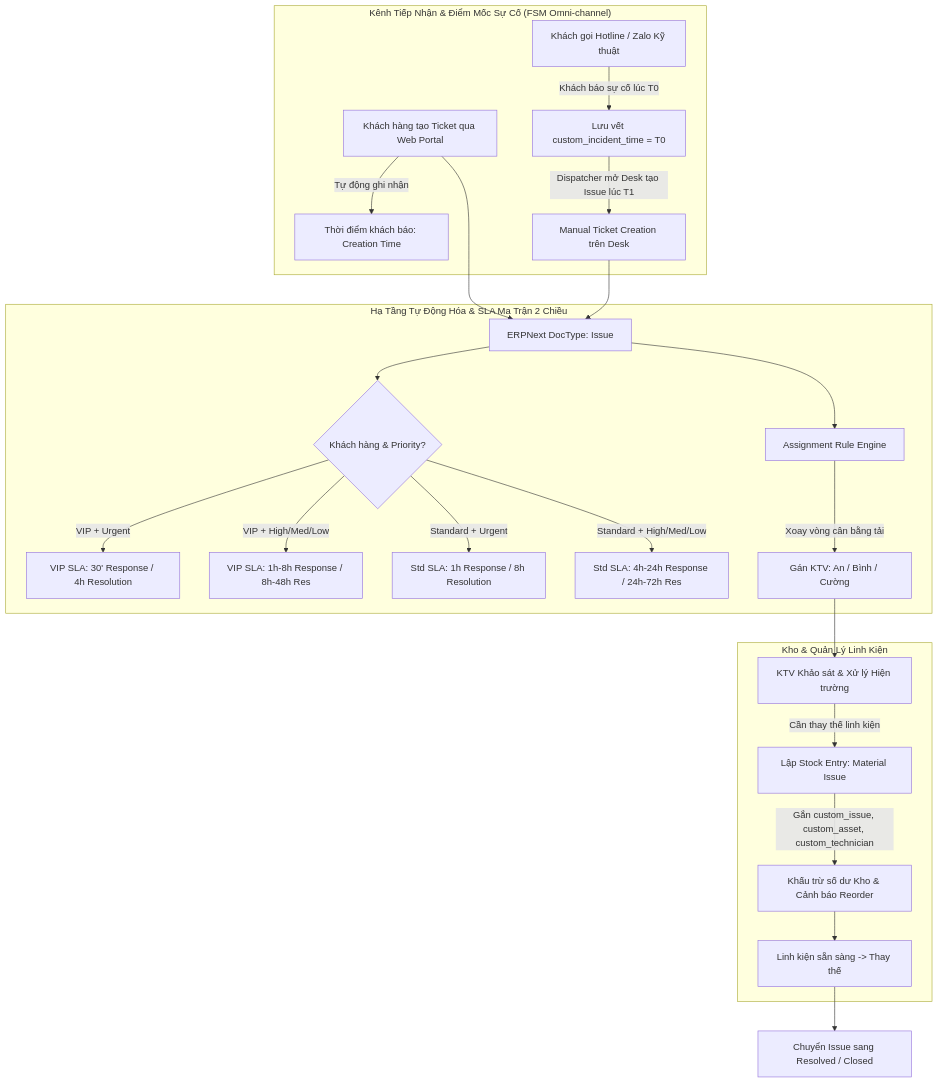
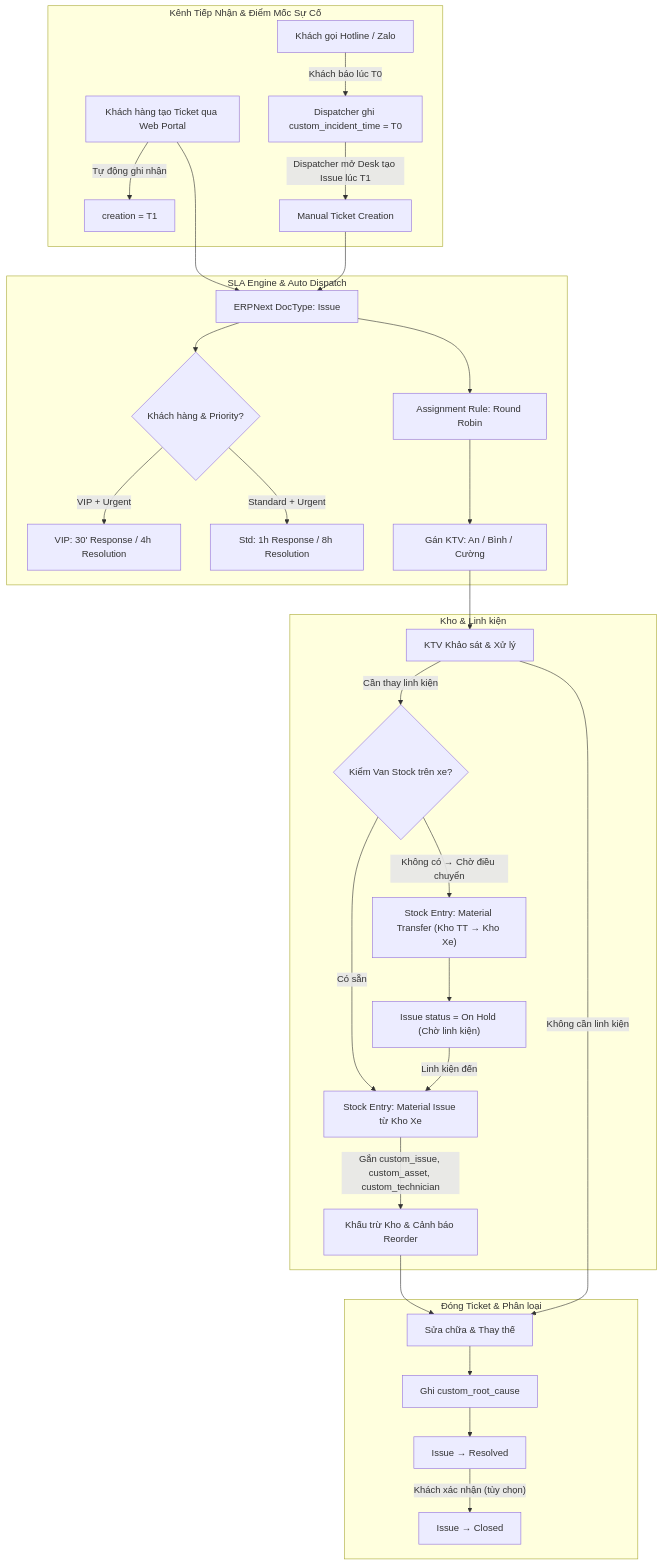
The second of 5 diagrams in docs/reports/midterm_report.md (Baronger23/ERP.SmartHelpDesk), drawn with Mermaid before and after one commit. The commit also changed other lines of this file and 23 other files, not shown here.

````diff
--- a/docs/reports/midterm_report.md
+++ b/docs/reports/midterm_report.md
@@ -91,32 +181,40 @@
 ```mermaid
 graph TD
-    subgraph "Kênh Tiếp Nhận & Điểm Mốc Sự Cố (FSM Omni-channel)"
-        K1[Khách hàng tạo Ticket qua Web Portal] -->|Tự động ghi nhận| T_REAL1[Thời điểm khách báo: Creation Time]
-        K2[Khách gọi Hotline / Zalo Kỹ thuật] -->|Khách báo sự cố lúc T0| T_REAL2[Lưu vết custom_incident_time = T0]
-        T_REAL2 -->|Dispatcher mở Desk tạo Issue lúc T1| K3[Manual Ticket Creation trên Desk]
+    subgraph "Kênh Tiếp Nhận & Điểm Mốc Sự Cố"
+        K1[Khách hàng tạo Ticket qua Web Portal] -->|Tự động ghi nhận| T1["creation = T1"]
+        K2[Khách gọi Hotline / Zalo] -->|"Khách báo lúc T0"| T2["Dispatcher ghi custom_incident_time = T0"]
+        T2 -->|"Dispatcher mở Desk tạo Issue lúc T1"| K3[Manual Ticket Creation]
     end
 
-    K1 --> SYS_ISSUE[ERPNext DocType: Issue]
-    K3 --> SYS_ISSUE
+    K1 --> ISSUE[ERPNext DocType: Issue]
+    K3 --> ISSUE
 
-    subgraph "Hạ Tầng Tự Động Hóa & SLA Ma Trận 2 Chiều"
-        SYS_ISSUE --> SLA_CHECK{Khách hàng & Priority?}
-        SLA_CHECK -->|VIP + Urgent| SLA_VIP_URG[VIP SLA: 30' Response / 4h Resolution]
-        SLA_CHECK -->|VIP + High/Med/Low| SLA_VIP_NORM[VIP SLA: 1h-8h Response / 8h-48h Res]
-        SLA_CHECK -->|Standard + Urgent| SLA_STD_URG[Std SLA: 1h Response / 8h Resolution]
-        SLA_CHECK -->|Standard + High/Med/Low| SLA_STD_NORM[Std SLA: 4h-24h Response / 24h-72h Res]
+    subgraph "SLA Engine & Auto Dispatch"
+        ISSUE --> SLA_CHECK{Khách hàng & Priority?}
+        SLA_CHECK -->|VIP + Urgent| SLA_VIP["VIP: 30' Response / 4h Resolution"]
+        SLA_CHECK -->|Standard + Urgent| SLA_STD["Std: 1h Response / 8h Resolution"]
         
-        SYS_ISSUE --> ASSIGN_RULE[Assignment Rule Engine]
-        ASSIGN_RULE -->|Xoay vòng cân bằng tải| TECH[Gán KTV: An / Bình / Cường]
+        ISSUE --> ASSIGN[Assignment Rule: Round Robin]
+        ASSIGN --> TECH[Gán KTV: An / Bình / Cường]
     end
 
-    TECH --> SITE_CHECK[KTV Khảo sát & Xử lý Hiện trường]
+    TECH --> SITE[KTV Khảo sát & Xử lý]
     
-    subgraph "Kho & Quản Lý Linh Kiện"
-        SITE_CHECK -->|Cần thay thế linh kiện| MAT_ISSUE[Lập Stock Entry: Material Issue]
-        MAT_ISSUE -->|Gắn custom_issue, custom_asset, custom_technician| STOCK_DEC[Khấu trừ số dư Kho & Cảnh báo Reorder]
-        STOCK_DEC --> PART_READY[Linh kiện sẵn sàng -> Thay thế]
+    subgraph "Kho & Linh kiện"
+        SITE -->|Cần thay linh kiện| CHECK_VAN{"Kiểm Van Stock trên xe?"}
+        CHECK_VAN -->|Có sẵn| MAT_ISSUE["Stock Entry: Material Issue từ Kho Xe"]
+        CHECK_VAN -->|"Không có → Chờ điều chuyển"| MAT_TRANSFER["Stock Entry: Material Transfer (Kho TT → Kho Xe)"]
+        MAT_TRANSFER --> ON_HOLD["Issue status = On Hold (Chờ linh kiện)"]
+        ON_HOLD -->|Linh kiện đến| MAT_ISSUE
+        MAT_ISSUE -->|"Gắn custom_issue, custom_asset, custom_technician"| STOCK_DEC[Khấu trừ Kho & Cảnh báo Reorder]
     end
 
-    PART_READY --> CLOSE_ISSUE[Chuyển Issue sang Resolved / Closed]
+    STOCK_DEC --> REPAIR[Sửa chữa & Thay thế]
+    SITE -->|Không cần linh kiện| REPAIR
+    
+    subgraph "Đóng Ticket & Phân loại"
+        REPAIR --> ROOT_CAUSE["Ghi custom_root_cause"]
+        ROOT_CAUSE --> RESOLVE["Issue → Resolved"]
+        RESOLVE -->|"Khách xác nhận (tùy chọn)"| CLOSE["Issue → Closed"]
+    end
 ```
````
